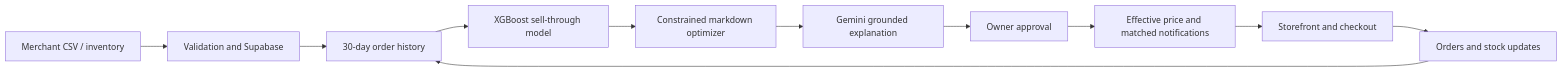
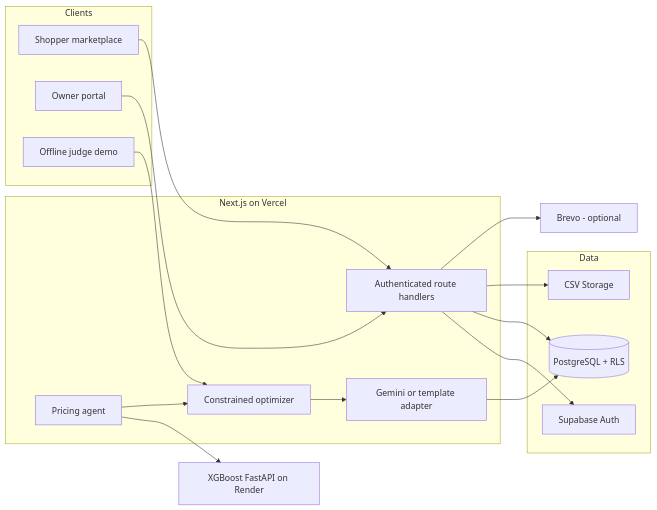
One commit to Utpal-Kalita/FreshSaver-AI changed the diagram in README.md. Above: the diagram before and after it, drawn with Mermaid. The commit also changed other lines of this file and 1 other file, not shown here.

````diff
--- a/README.md
+++ b/README.md
@@ -157,13 +316,36 @@
 ```mermaid
 flowchart LR
-    A[Merchant CSV / inventory] --> B[Validation and Supabase]
-    B --> C[30-day order history]
-    C --> D[XGBoost sell-through model]
-    D --> E[Constrained markdown optimizer]
-    E --> F[Gemini grounded explanation]
-    F --> G[Owner approval]
-    G --> H[Effective price and matched notifications]
-    H --> I[Storefront and checkout]
-    I --> J[Orders and stock updates]
-    J --> C
+  subgraph Clients
+    SHOP[Shopper marketplace]
+    OWNER[Owner portal]
+    DEMO[Offline judge demo]
+  end
+
+  subgraph Vercel[Next.js on Vercel]
+    API[Authenticated route handlers]
+    SCAN[Pricing agent]
+    POLICY[Constrained optimizer]
+    COPY[Gemini or template adapter]
+  end
+
+  subgraph Data
+    AUTH[Supabase Auth]
+    DB[(PostgreSQL + RLS)]
+    STORAGE[CSV Storage]
+  end
+
+  MODEL[XGBoost FastAPI on Render]
+  EMAIL[Brevo - optional]
+
+  SHOP --> API
+  OWNER --> API
+  DEMO --> POLICY
+  API --> AUTH
+  API --> DB
+  API --> STORAGE
+  SCAN --> MODEL
+  SCAN --> POLICY
+  POLICY --> COPY
+  COPY --> DB
+  API --> EMAIL
 ```
````
